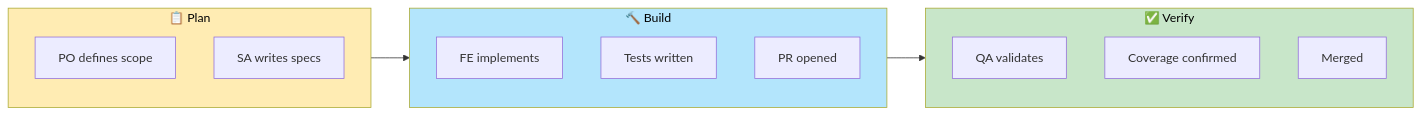
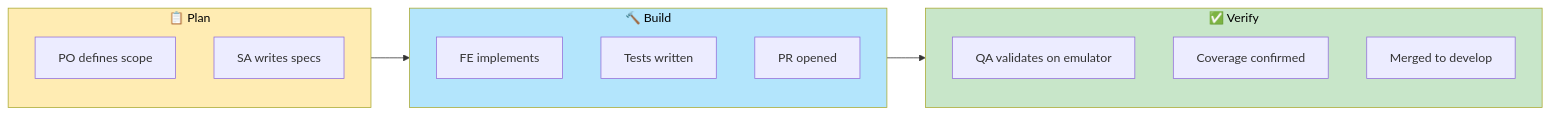
One commit to Schitzos/mbc-nfc changed diagram 15 of 16 in docs/PRESENTATION.md. Above: the diagram before and after it, drawn with Mermaid. The commit also changed other lines of this file and 1 other file, not shown here.

````diff
--- a/docs/PRESENTATION.md
+++ b/docs/PRESENTATION.md
@@ -843,25 +840,25 @@
 ```mermaid
 flowchart LR
     subgraph Plan["📋 Plan"]
         T1[PO defines scope]
         T2[SA writes specs]
     end
 
     subgraph Build["🔨 Build"]
         IP1[FE implements]
         IP2[Tests written]
         IP3[PR opened]
     end
 
     subgraph Verify["✅ Verify"]
-        D1[QA validates]
+        D1[QA validates on emulator]
         D2[Coverage confirmed]
-        D3[Merged]
+        D3[Merged to develop]
     end
 
     Plan --> Build --> Verify
 
     style Plan fill:#FFECB3,color:#000
     style Build fill:#B3E5FC,color:#000
     style Verify fill:#C8E6C9,color:#000
 ```
````
